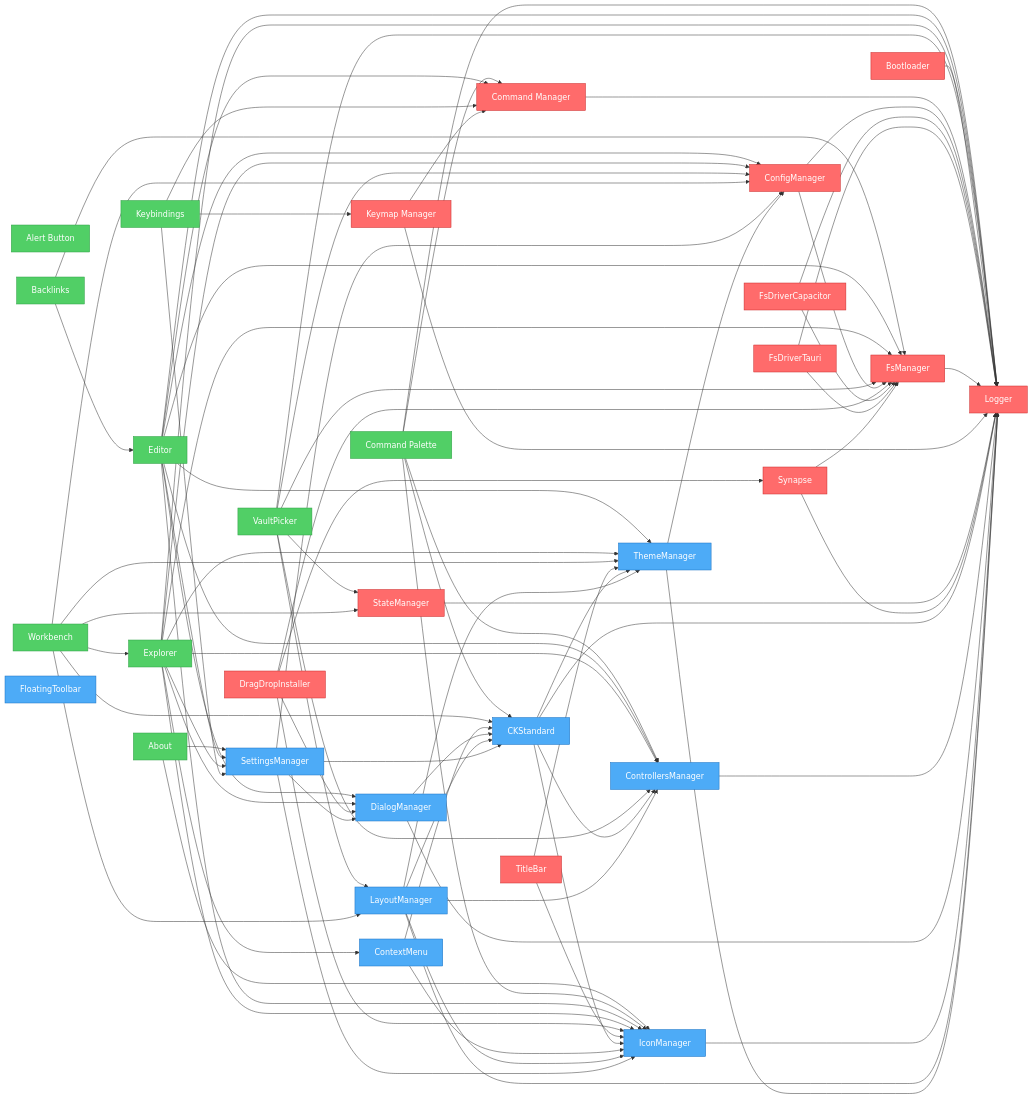
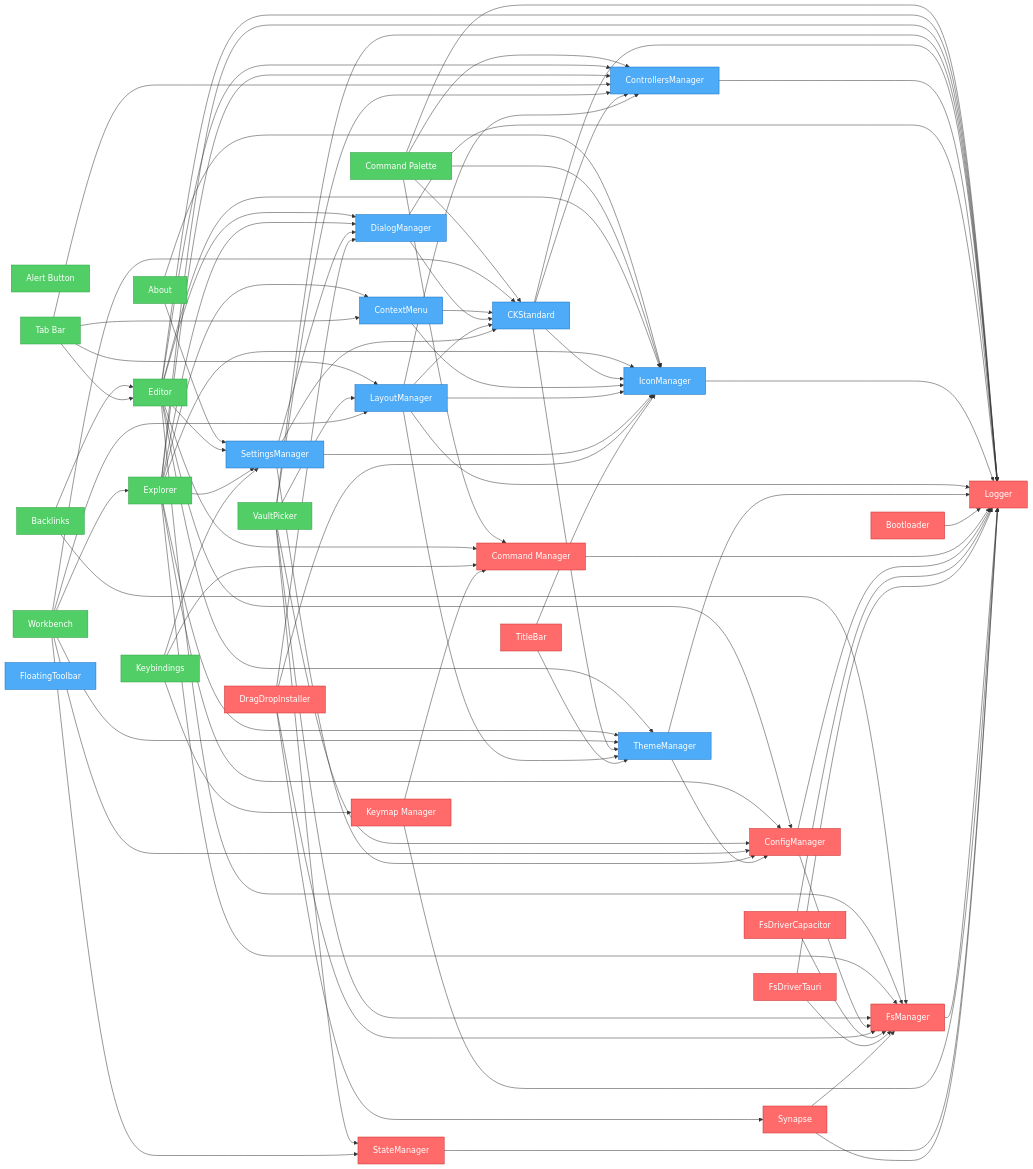
One commit to khton-tech/notehub.md changed the diagram in artifacts/graph.mmd. Above: the diagram before and after it, drawn with Mermaid. The commit also changed 82 other files, not shown here.

Commit message:
feat: Introduce new `dialog-manager` UI, `tabbar` feature, and `bootloader` system plugins, alongside custom extensions `ext.docbar` and `ext.catty`.

```diff
--- a/artifacts/graph.mmd
+++ b/artifacts/graph.mmd
@@ -1,123 +1,128 @@
 flowchart LR
     nh_features_about["About"]
-    features_alert-button["Alert Button"]
+    nh_features_alert-button["Alert Button"]
     nh_features_backlinks["Backlinks"]
     nh_features_command-palette["Command Palette"]
     nh_features_editor["Editor"]
     nh_features_explorer["Explorer"]
     nh_features_keybindings["Keybindings"]
+    nh_features_tabbar["Tab Bar"]
     nh_features_vault-picker["VaultPicker"]
     nh_features_workbench["Workbench"]
+    nh_ui_ck-standard["CKStandard"]
+    nh_ui_context-menu["ContextMenu"]
+    nh_ui_controllers-manager["ControllersManager"]
+    nh_ui_dialog-manager["DialogManager"]
+    nh_ui_floating-toolbar["FloatingToolbar"]
+    nh_ui_icon-manager["IconManager"]
+    nh_ui_layout-manager["LayoutManager"]
+    nh_ui_settings-manager["SettingsManager"]
+    nh_ui_theme-manager["ThemeManager"]
     nh_system_bootloader["Bootloader"]
     nh_system_command-manager["Command Manager"]
     nh_system_config-manager["ConfigManager"]
     nh_system_drag-drop["DragDropInstaller"]
     nh_system_fs-driver-capacitor["FsDriverCapacitor"]
     nh_system_fs-driver-tauri["FsDriverTauri"]
     nh_system_fs-manager["FsManager"]
     nh_system_keymap["Keymap Manager"]
     nh_system_logger["Logger"]
     nh_system_state-manager["StateManager"]
     nh_system_synapse["Synapse"]
     nh_system_titlebar["TitleBar"]
-    nh_ui_ck-standard["CKStandard"]
-    nh_ui_context-menu["ContextMenu"]
-    nh_ui_controllers-manager["ControllersManager"]
-    nh_ui_dialog-manager["DialogManager"]
-    nh_ui_floating-toolbar["FloatingToolbar"]
-    nh_ui_icon-manager["IconManager"]
-    nh_ui_layout-manager["LayoutManager"]
-    nh_ui_settings-manager["SettingsManager"]
-    nh_ui_theme-manager["ThemeManager"]
     nh_features_about --> nh_ui_settings-manager
     nh_features_about --> nh_ui_icon-manager
     nh_features_backlinks --> nh_features_editor
     nh_features_backlinks --> nh_system_fs-manager
     nh_features_command-palette --> nh_system_command-manager
     nh_features_command-palette --> nh_system_logger
     nh_features_command-palette --> nh_ui_controllers-manager
     nh_features_command-palette --> nh_ui_ck-standard
     nh_features_command-palette --> nh_ui_icon-manager
     nh_features_editor --> nh_system_config-manager
     nh_features_editor --> nh_system_command-manager
     nh_features_editor --> nh_ui_settings-manager
     nh_features_editor --> nh_system_fs-manager
     nh_features_editor --> nh_system_logger
     nh_features_editor --> nh_ui_controllers-manager
     nh_features_editor --> nh_ui_dialog-manager
     nh_features_editor --> nh_ui_icon-manager
     nh_features_editor --> nh_ui_theme-manager
     nh_features_explorer --> nh_system_config-manager
     nh_features_explorer --> nh_ui_settings-manager
     nh_features_explorer --> nh_system_fs-manager
     nh_features_explorer --> nh_system_logger
     nh_features_explorer --> nh_ui_controllers-manager
     nh_features_explorer --> nh_ui_icon-manager
     nh_features_explorer --> nh_ui_theme-manager
     nh_features_explorer --> nh_ui_context-menu
     nh_features_explorer --> nh_ui_dialog-manager
     nh_features_keybindings --> nh_ui_settings-manager
     nh_features_keybindings --> nh_system_command-manager
     nh_features_keybindings --> nh_system_keymap
+    nh_features_tabbar --> nh_features_editor
+    nh_features_tabbar --> nh_ui_controllers-manager
+    nh_features_tabbar --> nh_ui_layout-manager
+    nh_features_tabbar --> nh_ui_context-menu
     nh_features_vault-picker --> nh_system_fs-manager
     nh_features_vault-picker --> nh_system_config-manager
     nh_features_vault-picker --> nh_system_state-manager
     nh_features_vault-picker --> nh_system_logger
     nh_features_vault-picker --> nh_ui_controllers-manager
     nh_features_vault-picker --> nh_ui_layout-manager
     nh_features_workbench --> nh_system_config-manager
     nh_features_workbench --> nh_ui_layout-manager
     nh_features_workbench --> nh_ui_theme-manager
     nh_features_workbench --> nh_ui_ck-standard
     nh_features_workbench --> nh_system_state-manager
     nh_features_workbench --> nh_features_explorer
-    nh_system_bootloader --> nh_system_logger
-    nh_system_command-manager --> nh_system_logger
-    nh_system_config-manager --> nh_system_logger
-    nh_system_config-manager --> nh_system_fs-manager
-    nh_system_drag-drop --> nh_ui_icon-manager
-    nh_system_drag-drop --> nh_ui_dialog-manager
-    nh_system_drag-drop --> nh_system_fs-manager
-    nh_system_drag-drop --> nh_system_synapse
-    nh_system_fs-driver-capacitor --> nh_system_logger
-    nh_system_fs-driver-capacitor --> nh_system_fs-manager
-    nh_system_fs-driver-tauri --> nh_system_logger
-    nh_system_fs-driver-tauri --> nh_system_fs-manager
-    nh_system_fs-manager --> nh_system_logger
-    nh_system_keymap --> nh_system_command-manager
-    nh_system_keymap --> nh_system_logger
-    nh_system_state-manager --> nh_system_logger
-    nh_system_synapse --> nh_system_fs-manager
-    nh_system_synapse --> nh_system_logger
-    nh_system_titlebar --> nh_ui_icon-manager
-    nh_system_titlebar --> nh_ui_theme-manager
     nh_ui_ck-standard --> nh_system_logger
     nh_ui_ck-standard --> nh_ui_controllers-manager
     nh_ui_ck-standard --> nh_ui_icon-manager
     nh_ui_ck-standard --> nh_ui_theme-manager
     nh_ui_context-menu --> nh_ui_icon-manager
     nh_ui_context-menu --> nh_ui_ck-standard
     nh_ui_controllers-manager --> nh_system_logger
     nh_ui_dialog-manager --> nh_system_logger
     nh_ui_dialog-manager --> nh_ui_ck-standard
     nh_ui_icon-manager --> nh_system_logger
     nh_ui_layout-manager --> nh_system_logger
     nh_ui_layout-manager --> nh_ui_theme-manager
     nh_ui_layout-manager --> nh_ui_icon-manager
     nh_ui_layout-manager --> nh_ui_controllers-manager
     nh_ui_layout-manager --> nh_ui_ck-standard
     nh_ui_settings-manager --> nh_system_config-manager
     nh_ui_settings-manager --> nh_ui_ck-standard
     nh_ui_settings-manager --> nh_ui_icon-manager
     nh_ui_settings-manager --> nh_ui_dialog-manager
     nh_ui_theme-manager --> nh_system_logger
     nh_ui_theme-manager --> nh_system_config-manager
+    nh_system_bootloader --> nh_system_logger
+    nh_system_command-manager --> nh_system_logger
+    nh_system_config-manager --> nh_system_logger
+    nh_system_config-manager --> nh_system_fs-manager
+    nh_system_drag-drop --> nh_ui_icon-manager
+    nh_system_drag-drop --> nh_ui_dialog-manager
+    nh_system_drag-drop --> nh_system_fs-manager
+    nh_system_drag-drop --> nh_system_synapse
+    nh_system_fs-driver-capacitor --> nh_system_logger
+    nh_system_fs-driver-capacitor --> nh_system_fs-manager
+    nh_system_fs-driver-tauri --> nh_system_logger
+    nh_system_fs-driver-tauri --> nh_system_fs-manager
+    nh_system_fs-manager --> nh_system_logger
+    nh_system_keymap --> nh_system_command-manager
+    nh_system_keymap --> nh_system_logger
+    nh_system_state-manager --> nh_system_logger
+    nh_system_synapse --> nh_system_fs-manager
+    nh_system_synapse --> nh_system_logger
+    nh_system_titlebar --> nh_ui_icon-manager
+    nh_system_titlebar --> nh_ui_theme-manager
 
     %% Styles
     classDef system fill:#ff6b6b,stroke:#c92a2a,color:#fff
     classDef ui fill:#4dabf7,stroke:#1971c2,color:#fff
     classDef feature fill:#51cf66,stroke:#2f9e44,color:#fff
-    class nh_features_about,features_alert-button,nh_features_backlinks,nh_features_keybindings,nh_features_vault-picker feature
-    class nh_features_command-palette,nh_features_editor,nh_features_explorer,nh_features_workbench feature
+    class nh_features_about,nh_features_alert-button,nh_features_backlinks,nh_features_keybindings,nh_features_vault-picker feature
+    class nh_features_command-palette,nh_features_editor,nh_features_explorer,nh_features_tabbar,nh_features_workbench feature
+    class nh_ui_ck-standard,nh_ui_context-menu,nh_ui_controllers-manager,nh_ui_dialog-manager,nh_ui_floating-toolbar,nh_ui_icon-manager,nh_ui_layout-manager,nh_ui_settings-manager,nh_ui_theme-manager ui
     class nh_system_bootloader,nh_system_command-manager,nh_system_config-manager,nh_system_drag-drop,nh_system_fs-driver-capacitor,nh_system_fs-driver-tauri,nh_system_fs-manager,nh_system_keymap,nh_system_logger,nh_system_state-manager,nh_system_synapse,nh_system_titlebar system
-    class nh_ui_ck-standard,nh_ui_context-menu,nh_ui_controllers-manager,nh_ui_dialog-manager,nh_ui_floating-toolbar,nh_ui_icon-manager,nh_ui_layout-manager,nh_ui_settings-manager,nh_ui_theme-manager ui
```
